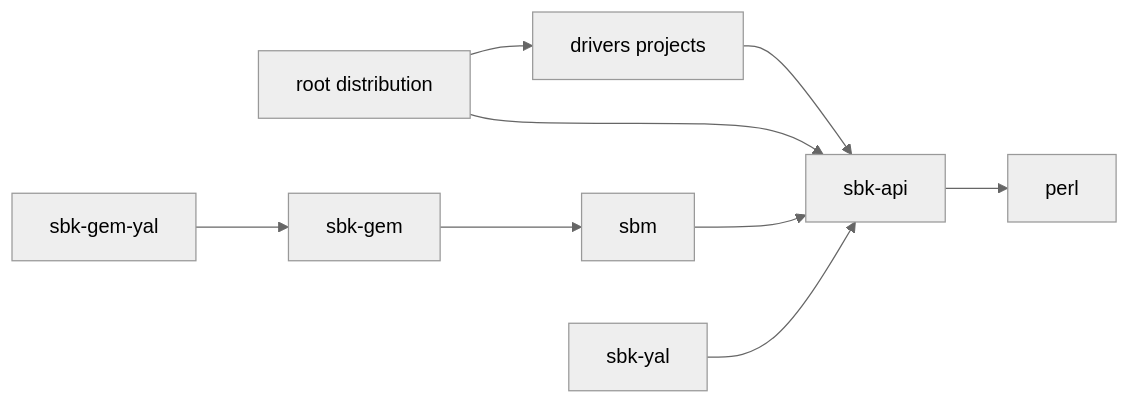
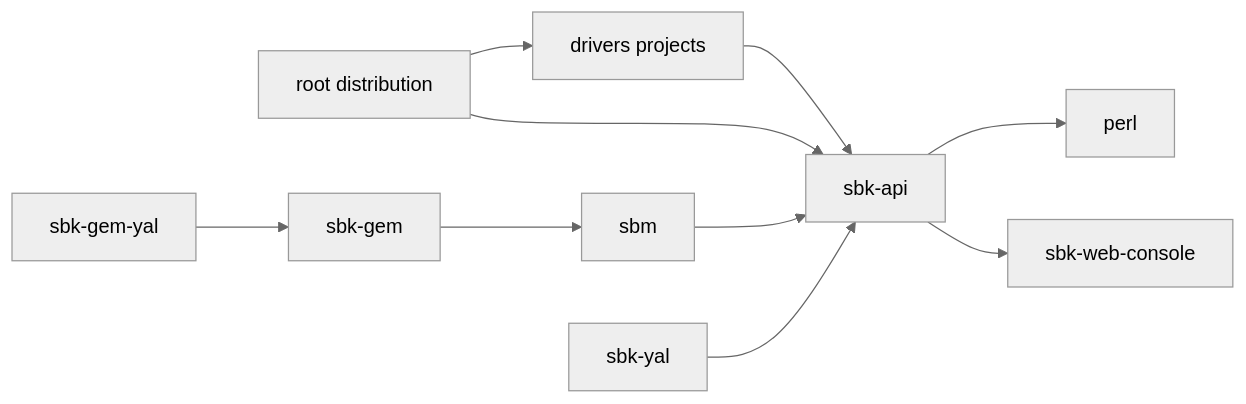
The second of 7 diagrams in docs/ARCHITECTURE.md (kmgowda/SBK), drawn with Mermaid (neutral theme) before and after one commit. The commit also changed other lines of this file and 22 other files, not shown here.

Commit message:
Extract reusable Web Console module

````diff
--- a/docs/ARCHITECTURE.md
+++ b/docs/ARCHITECTURE.md
@@ -48,20 +48,22 @@
 ```mermaid
 flowchart LR
     PERL[perl]
+    WEB[sbk-web-console]
     API[sbk-api]
     DRIVERS[drivers projects]
     ROOT[root distribution]
     SBM[sbm]
     GEM[sbk-gem]
     YAL[sbk-yal]
     GYAL[sbk-gem-yal]
 
     API --> PERL
+    API --> WEB
     DRIVERS --> API
     ROOT --> API
     ROOT --> DRIVERS
     SBM --> API
     GEM --> SBM
     YAL --> API
     GYAL --> GEM
 ```
````
